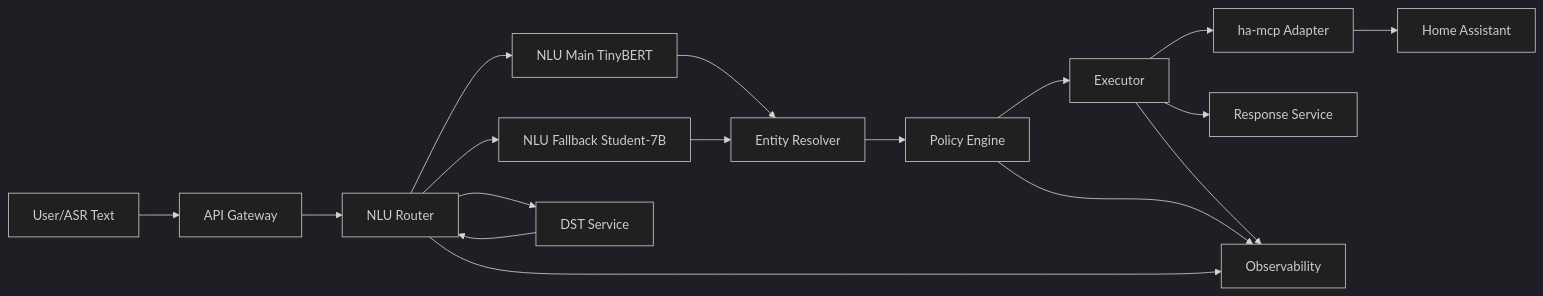
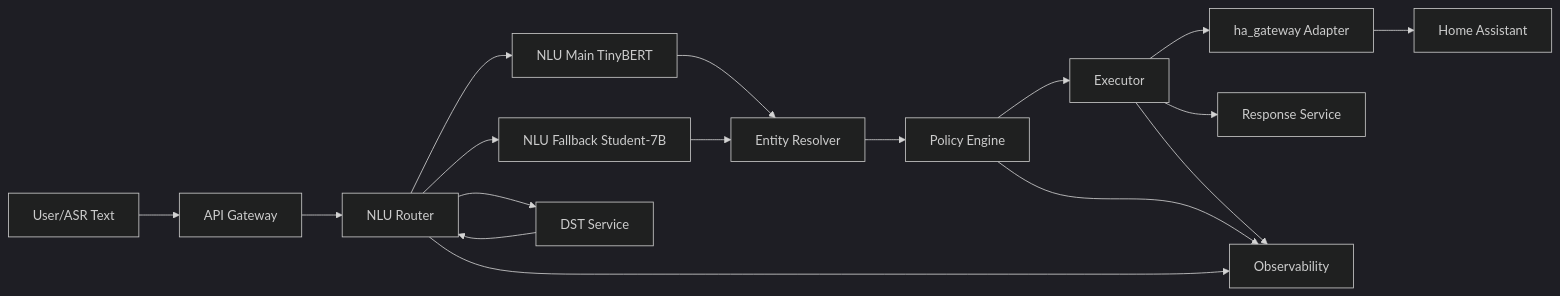
The diagram in smarthome_nlu_architecture_module_design_v1.md (reSipWebRTC/smartHomeNlu), drawn with Mermaid (dark theme) before and after one commit. The commit also changed other lines of this file and 89 other files, not shown here.

````diff
--- a/smarthome_nlu_architecture_module_design_v1.md
+++ b/smarthome_nlu_architecture_module_design_v1.md
@@ -80,19 +80,19 @@
 ```mermaid
 flowchart LR
     U[User/ASR Text] --> G[API Gateway]
     G --> R[NLU Router]
     R --> M[NLU Main TinyBERT]
     R --> F[NLU Fallback Student-7B]
     R --> D[DST Service]
     M --> E[Entity Resolver]
     F --> E
     D --> R
     E --> P[Policy Engine]
     P --> X[Executor]
-    X --> H[ha-mcp Adapter]
+    X --> H[ha_gateway Adapter]
     H --> HA[Home Assistant]
     X --> T[Response Service]
     X --> O[Observability]
     P --> O
     R --> O
 ```
````
